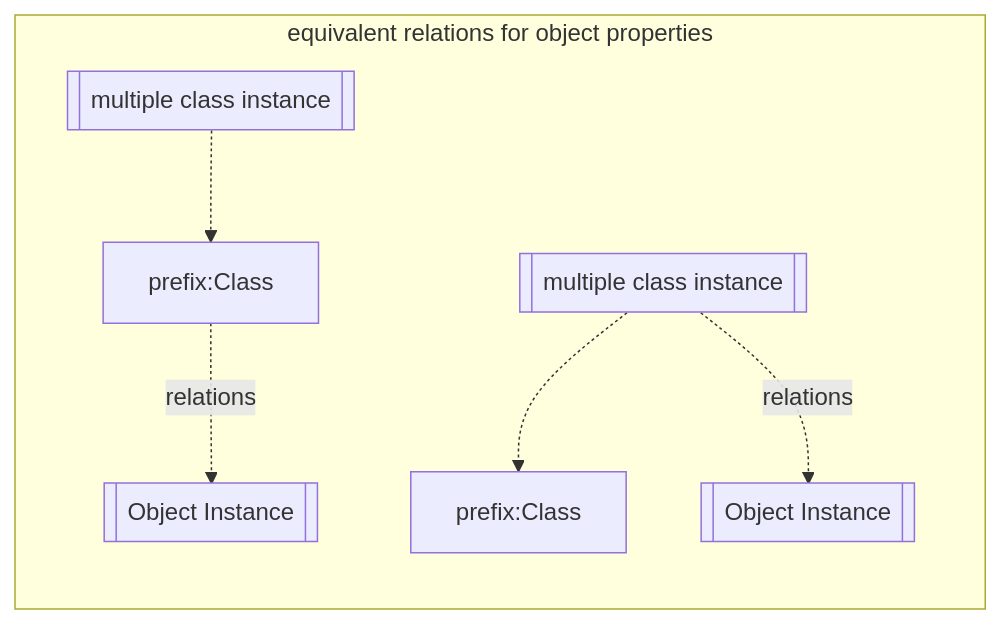
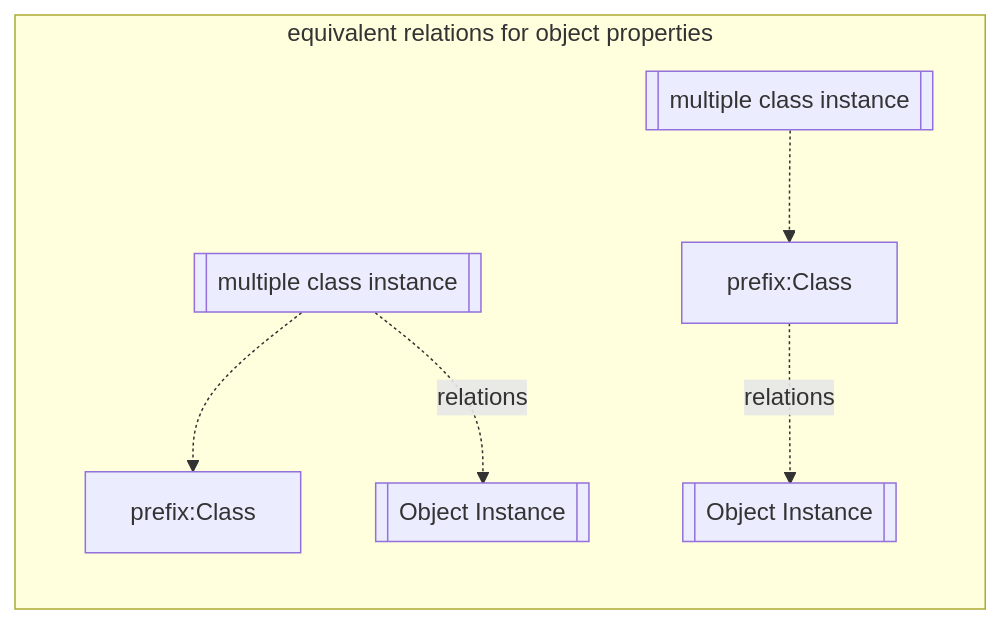
The fourth of 17 diagrams in JPS_Ontology/ontology/ontowastemanagement/README.md (cambridge-cares/TheWorldAvatar), drawn with Mermaid before and after one commit. The commit also changed other lines of this file and 2 other files, not shown here.

````diff
--- a/JPS_Ontology/ontology/ontowastemanagement/README.md
+++ b/JPS_Ontology/ontology/ontowastemanagement/README.md
@@ -66,10 +66,10 @@
 ```mermaid
 flowchart LR
     subgraph equivalent relations for object properties
+    multiinstance[[multiple class instance]] -.->  clazz2[prefix:Class]
+    multiinstance -. relations .-> objInst2[[Object Instance]]
+
     instance[[multiple class instance]] -.->  clazz[prefix:Class]
     clazz -. relations .-> objInst[[Object Instance]]
-
-    multiinstance[[multiple class instance]] -.->  clazz2[prefix:Class]
-    multiinstance -. relations .-> objInst2[[Object Instance]]
     end
 ```
````
